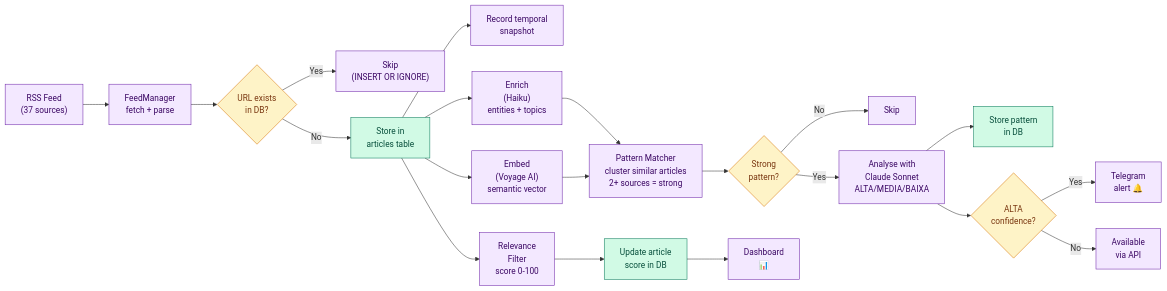
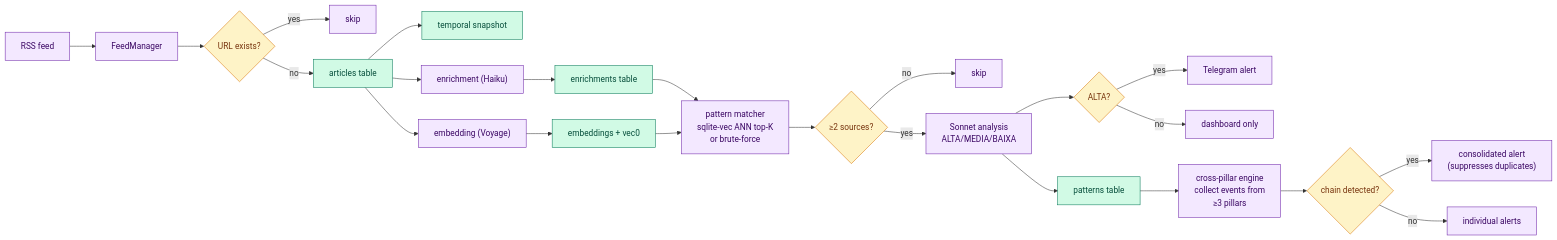
Before and after one commit to josecarlosjr/app-cla-image: the second of 3 diagrams in ARCHITECTURE.md, drawn with Mermaid. The commit also changed other lines of this file, not shown here.

First line of the commit message:
docs: bring ARCHITECTURE.md up to date through Onda 11

````diff
--- a/ARCHITECTURE.md
+++ b/ARCHITECTURE.md
@@ -127,33 +160,25 @@
 ```mermaid
 flowchart LR
     classDef step fill:#f3e8ff,stroke:#6b21a8,color:#3b0764
     classDef decision fill:#fef3c7,stroke:#d97706,color:#78350f
     classDef store fill:#d1fae5,stroke:#047857,color:#064e3b
 
-    A["RSS Feed\n(37 sources)"]:::step
-    --> B["FeedManager\nfetch + parse"]:::step
-    --> C{"URL exists\nin DB?"}:::decision
-
-    C -->|"Yes"| D["Skip\n(INSERT OR IGNORE)"]:::step
-    C -->|"No"| E["Store in\narticles table"]:::store
-
-    E --> F["Record temporal\nsnapshot"]:::step
-    E --> G["Enrich\n(Haiku)\nentities + topics"]:::step
-    E --> H["Embed\n(Voyage AI)\nsemantic vector"]:::step
-
-    G & H --> I["Pattern Matcher\ncluster similar articles\n2+ sources = strong"]:::step
-    I --> J{"Strong\npattern?"}:::decision
-
-    J -->|"No"| K["Skip"]:::step
-    J -->|"Yes"| L["Analyse with\nClaude Sonnet\nALTA/MEDIA/BAIXA"]:::step
-
-    L --> M["Store pattern\nin DB"]:::store
-    L --> N{"ALTA\nconfidence?"}:::decision
-
-    N -->|"Yes"| O["Telegram\nalert 🔔"]:::step
-    N -->|"No"| P["Available\nvia API"]:::step
-
-    E --> Q["Relevance\nFilter\nscore 0-100"]:::step
-    Q --> R["Update article\nscore in DB"]:::store
-    R --> S["Dashboard\n📊"]:::step
+    A["RSS feed"]:::step --> B["FeedManager"]:::step --> C{"URL exists?"}:::decision
+    C -->|yes| D["skip"]:::step
+    C -->|no| E["articles table"]:::store
+    E --> F["temporal snapshot"]:::store
+    E --> G["enrichment (Haiku)"]:::step --> G2["enrichments table"]:::store
+    E --> H["embedding (Voyage)"]:::step --> H2["embeddings + vec0"]:::store
+    G2 & H2 --> I["pattern matcher<br/>sqlite-vec ANN top-K<br/>or brute-force"]:::step
+    I --> J{"≥2 sources?"}:::decision
+    J -->|no| K["skip"]:::step
+    J -->|yes| L["Sonnet analysis<br/>ALTA/MEDIA/BAIXA"]:::step
+    L --> M["patterns table"]:::store
+    L --> N{"ALTA?"}:::decision
+    N -->|yes| O["Telegram alert"]:::step
+    N -->|no| P["dashboard only"]:::step
+    M --> Q["cross-pillar engine<br/>collect events from<br/>≥3 pillars"]:::step
+    Q --> R{"chain detected?"}:::decision
+    R -->|yes| S["consolidated alert<br/>(suppresses duplicates)"]:::step
+    R -->|no| T["individual alerts"]:::step
 ```
````
